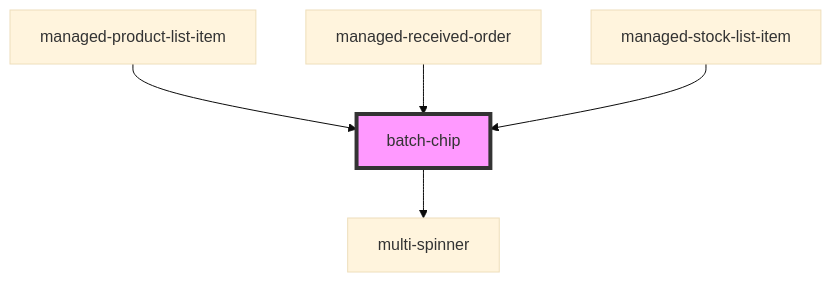
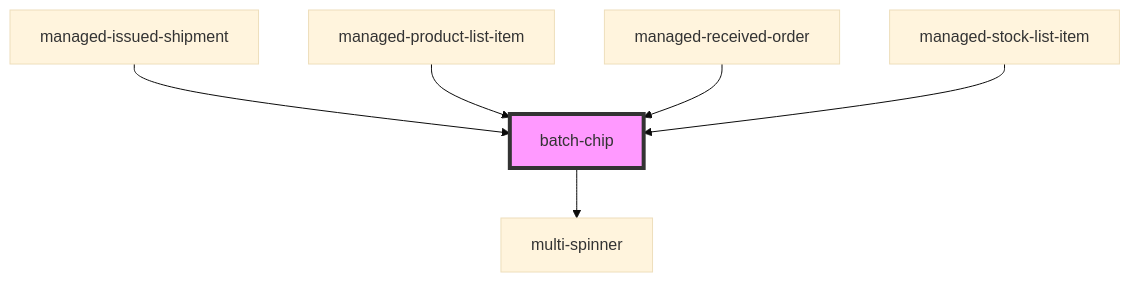
Before and after one commit to PharmaLedger-IMI/fgt-workspace: the diagram in pdm-web-components/src/components/batch-chip/readme.md, drawn with Mermaid (base theme). The commit also changed other lines of this file and 33 other files, not shown here.

````diff
--- a/pdm-web-components/src/components/batch-chip/readme.md
+++ b/pdm-web-components/src/components/batch-chip/readme.md
@@ -32,8 +33,9 @@
 ```mermaid
 graph TD;
   batch-chip --> multi-spinner
+  managed-issued-shipment --> batch-chip
   managed-product-list-item --> batch-chip
   managed-received-order --> batch-chip
   managed-stock-list-item --> batch-chip
   style batch-chip fill:#f9f,stroke:#333,stroke-width:4px
 ```
````
